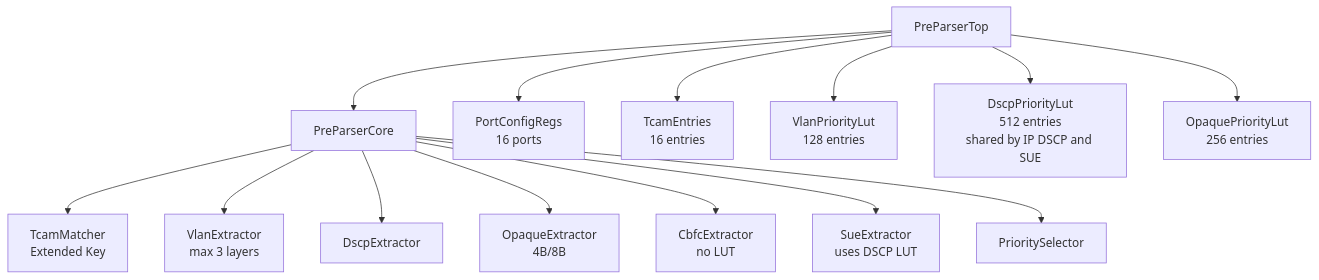
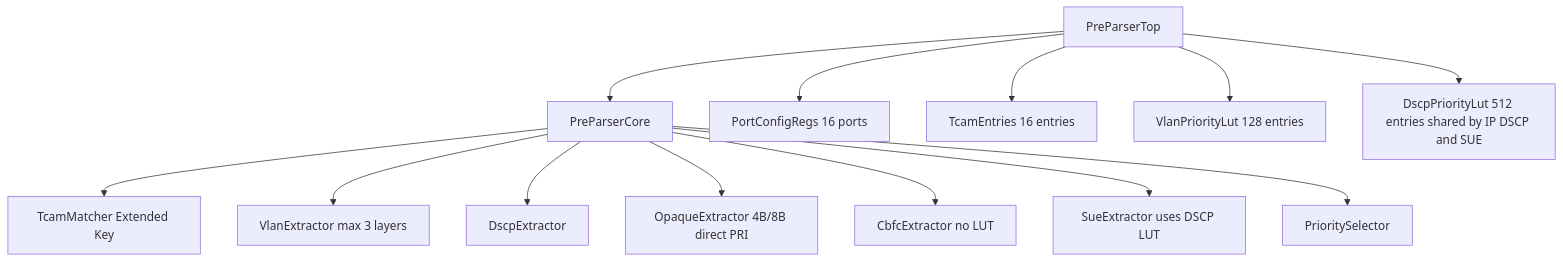
Before and after one commit to RuyeeAI/HardwareDesign: the fourth of 4 diagrams in docs/PreParser.md, drawn with Mermaid. The commit also changed other lines of this file, not shown here.

First line of the commit message:
Consolidate PreParser doc: remove separate LUTs, align OpaqueTag/CBFC/SUE handling

````diff
--- a/docs/PreParser.md
+++ b/docs/PreParser.md
@@ -302,33 +292,31 @@
 ```mermaid
 graph TD
     PreParserTop[PreParserTop]
     PreParserCore[PreParserCore]
-    PortConfigRegs[PortConfigRegs<br/>16 ports]
-    TcamEntries[TcamEntries<br/>16 entries]
-    VlanPriorityLut[VlanPriorityLut<br/>128 entries]
-    DscpPriorityLut[DscpPriorityLut<br/>512 entries<br/>shared by IP DSCP and SUE]
-    OpaquePriorityLut[OpaquePriorityLut<br/>256 entries]
+    PortConfigRegs[PortConfigRegs 16 ports]
+    TcamEntries[TcamEntries 16 entries]
+    VlanPriorityLut[VlanPriorityLut 128 entries]
+    DscpPriorityLut[DscpPriorityLut 512 entries shared by IP DSCP and SUE]
 
-    TcamMatcher[TcamMatcher<br/>Extended Key]
-    VlanExtractor[VlanExtractor<br/>max 3 layers]
+    TcamMatcher[TcamMatcher Extended Key]
+    VlanExtractor[VlanExtractor max 3 layers]
     DscpExtractor[DscpExtractor]
-    OpaqueExtractor[OpaqueExtractor<br/>4B/8B]
-    CbfcExtractor[CbfcExtractor<br/>no LUT]
-    SueExtractor[SueExtractor<br/>uses DSCP LUT]
+    OpaqueExtractor[OpaqueExtractor 4B/8B direct PRI]
+    CbfcExtractor[CbfcExtractor no LUT]
+    SueExtractor[SueExtractor uses DSCP LUT]
     PrioritySelector[PrioritySelector]
 
     PreParserTop --> PreParserCore
     PreParserTop --> PortConfigRegs
     PreParserTop --> TcamEntries
     PreParserTop --> VlanPriorityLut
     PreParserTop --> DscpPriorityLut
-    PreParserTop --> OpaquePriorityLut
 
     PreParserCore --> TcamMatcher
     PreParserCore --> VlanExtractor
     PreParserCore --> DscpExtractor
     PreParserCore --> OpaqueExtractor
     PreParserCore --> CbfcExtractor
     PreParserCore --> SueExtractor
     PreParserCore --> PrioritySelector
 ```
````
